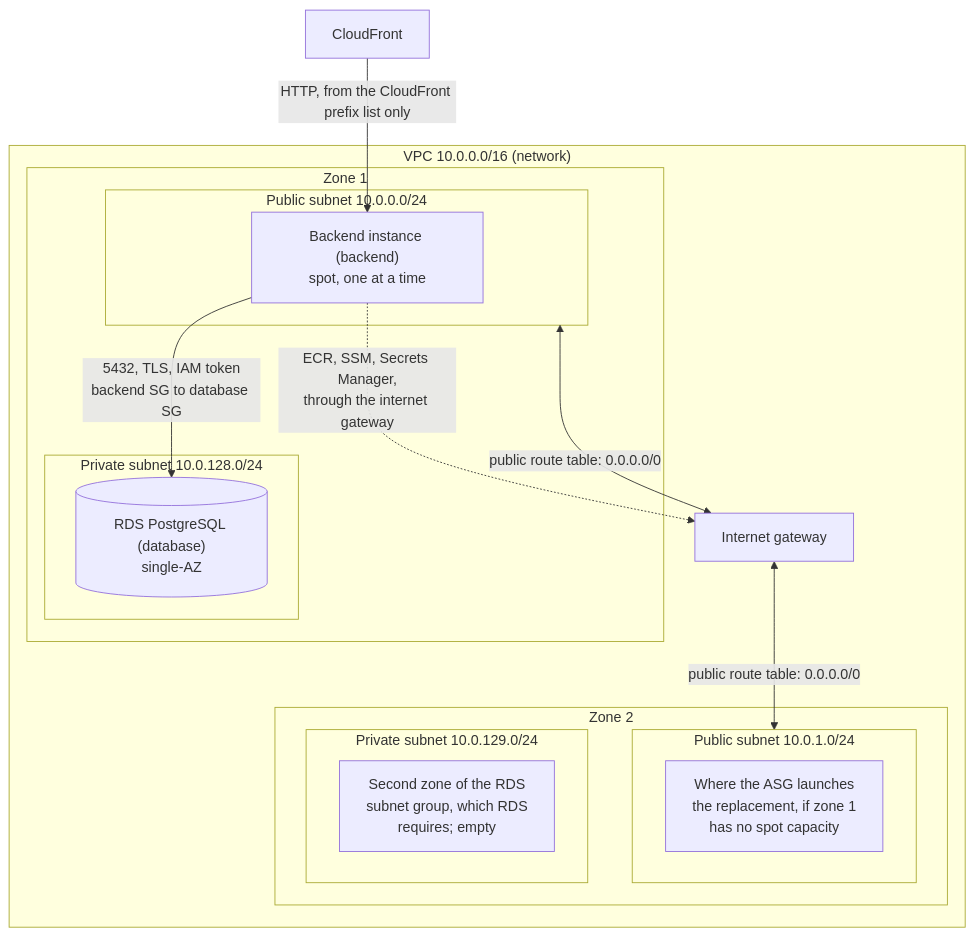
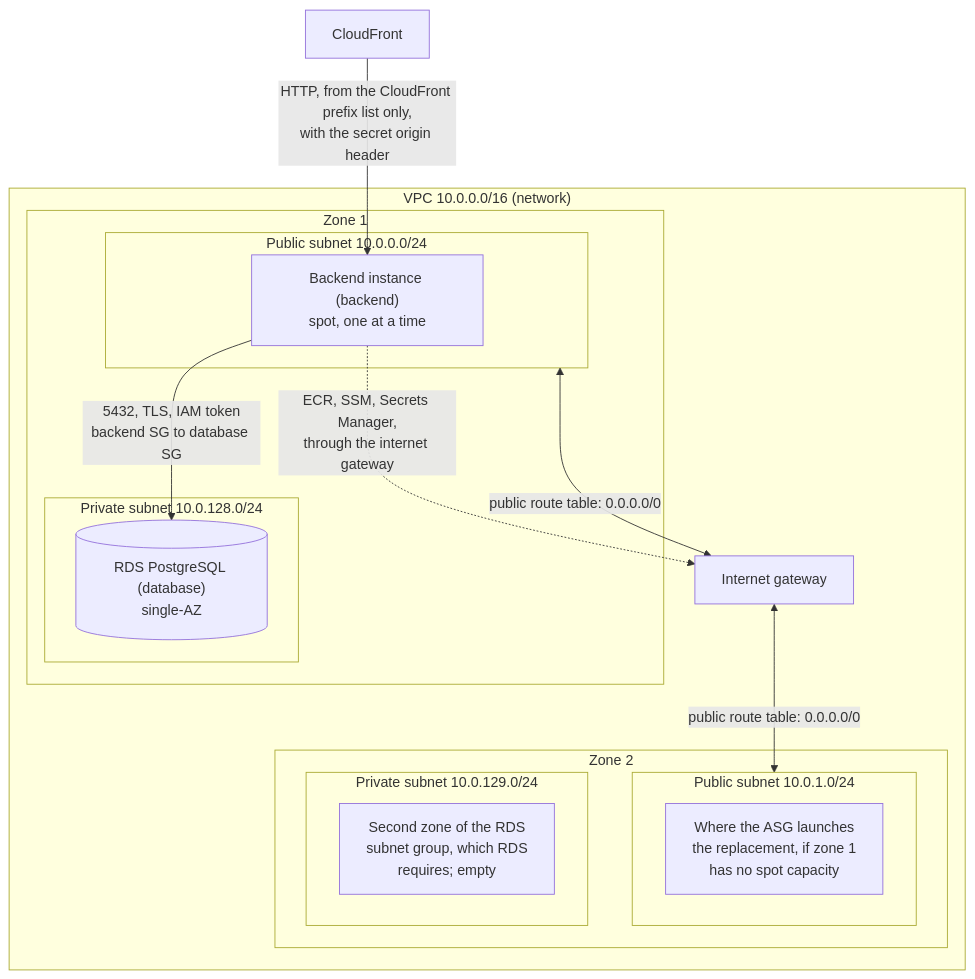
The second of 2 diagrams in docs/infra-plan.md (landoicco/itacatl), drawn with Mermaid before and after one commit. The commit also changed other lines of this file and 5 other files, not shown here.

````diff
--- a/docs/infra-plan.md
+++ b/docs/infra-plan.md
@@ -45,26 +45,26 @@
 ```mermaid
 flowchart TB
-    cf[CloudFront] -->|"HTTP, from the CloudFront prefix list only"| ec2
+    cf[CloudFront] -->|"HTTP, from the CloudFront prefix list only,<br/>with the secret origin header"| ec2
     subgraph vpc ["VPC 10.0.0.0/16 (network)"]
         igw["Internet gateway"]
         subgraph z1 ["Zone 1"]
             subgraph pub1 ["Public subnet 10.0.0.0/24"]
                 ec2["Backend instance (backend)<br/>spot, one at a time"]
             end
             subgraph priv1 ["Private subnet 10.0.128.0/24"]
                 rds[("RDS PostgreSQL (database)<br/>single-AZ")]
             end
         end
         subgraph z2 ["Zone 2"]
             subgraph pub2 ["Public subnet 10.0.1.0/24"]
                 spare["Where the ASG launches<br/>the replacement, if zone 1<br/>has no spot capacity"]
             end
             subgraph priv2 ["Private subnet 10.0.129.0/24"]
                 second["Second zone of the RDS<br/>subnet group, which RDS<br/>requires; empty"]
             end
         end
     end
     igw <-->|"public route table: 0.0.0.0/0"| pub1 & pub2
     ec2 -->|"5432, TLS, IAM token<br/>backend SG to database SG"| rds
     ec2 -.->|"ECR, SSM, Secrets Manager,<br/>through the internet gateway"| igw
 ```
````
